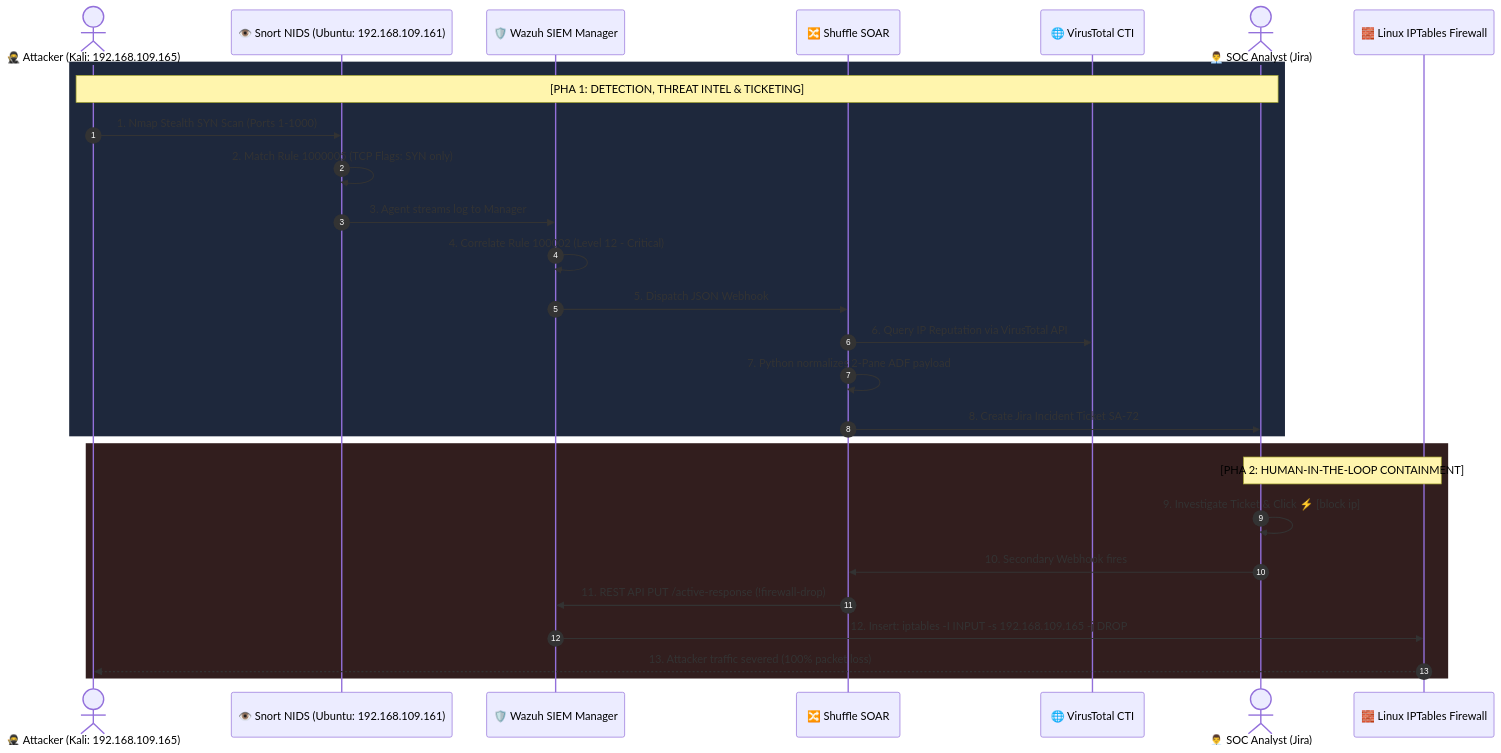
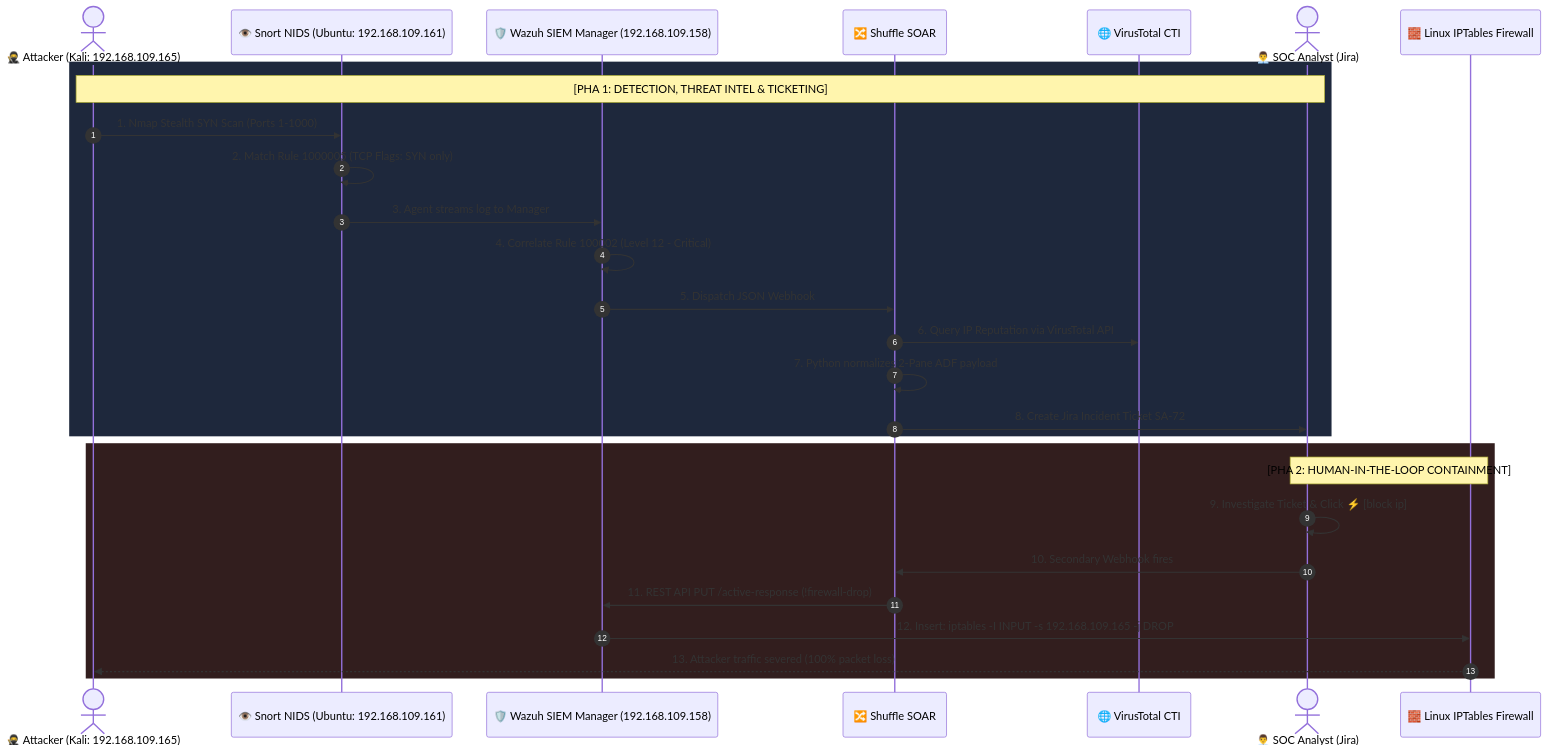
Before and after one commit to mikeH1fsd/soc-soar-ai-lab: the diagram in docs/playbooks/playbook_2_nmap_defense.md, drawn with Mermaid. The commit also changed 2 other files, not shown here.

Commit message:
fix(network): correct Wazuh Server IP to 192.168.109.158 and delineate Ubuntu target node

````diff
--- a/docs/playbooks/playbook_2_nmap_defense.md
+++ b/docs/playbooks/playbook_2_nmap_defense.md
@@ -29,32 +29,32 @@
 ```mermaid
 sequenceDiagram
     autonumber
     actor Kali as 🥷 Attacker (Kali: 192.168.109.165)
     participant Snort as 👁️ Snort NIDS (Ubuntu: 192.168.109.161)
-    participant Wazuh as 🛡️ Wazuh SIEM Manager
+    participant Wazuh as 🛡️ Wazuh SIEM Manager (192.168.109.158)
     participant Shuffle as 🔀 Shuffle SOAR
     participant VT as 🌐 VirusTotal CTI
     actor Analyst as 👨‍💼 SOC Analyst (Jira)
     participant IPTables as 🧱 Linux IPTables Firewall
 
     rect rgb(30, 40, 60)
     Note over Kali,Analyst: [PHA 1: DETECTION, THREAT INTEL & TICKETING]
     Kali->>Snort: 1. Nmap Stealth SYN Scan (Ports 1-1000)
     Snort->>Snort: 2. Match Rule 1000005 (TCP Flags: SYN only)
     Snort->>Wazuh: 3. Agent streams log to Manager
     Wazuh->>Wazuh: 4. Correlate Rule 100002 (Level 12 - Critical)
     Wazuh->>Shuffle: 5. Dispatch JSON Webhook
     Shuffle->>VT: 6. Query IP Reputation via VirusTotal API
     Shuffle->>Shuffle: 7. Python normalizes 2-Pane ADF payload
     Shuffle->>Analyst: 8. Create Jira Incident Ticket SA-72
     end
 
     rect rgb(50, 30, 30)
     Note over Analyst,IPTables: [PHA 2: HUMAN-IN-THE-LOOP CONTAINMENT]
     Analyst->>Analyst: 9. Investigate Ticket & Click ⚡ [block ip]
     Analyst->>Shuffle: 10. Secondary Webhook fires
     Shuffle->>Wazuh: 11. REST API PUT /active-response (!firewall-drop)
     Wazuh->>IPTables: 12. Insert: iptables -I INPUT -s 192.168.109.165 -j DROP
     IPTables-->>Kali: 13. Attacker traffic severed (100% packet loss)
     end
 ```
````
